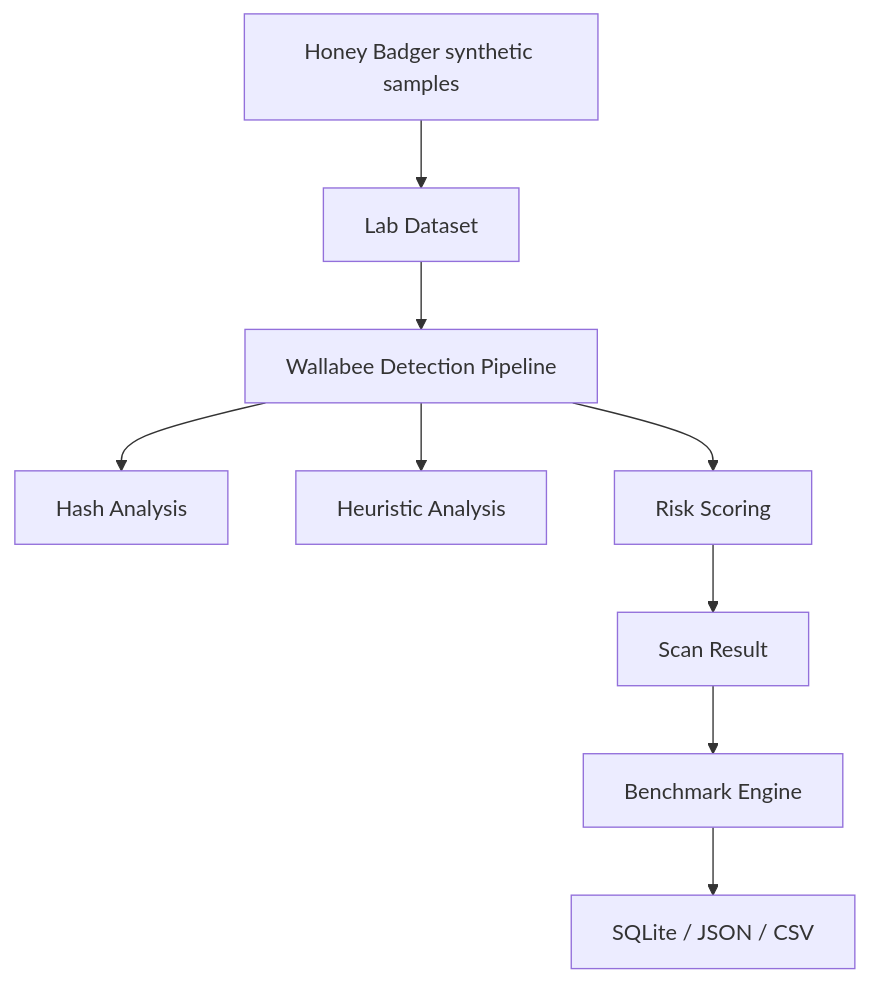
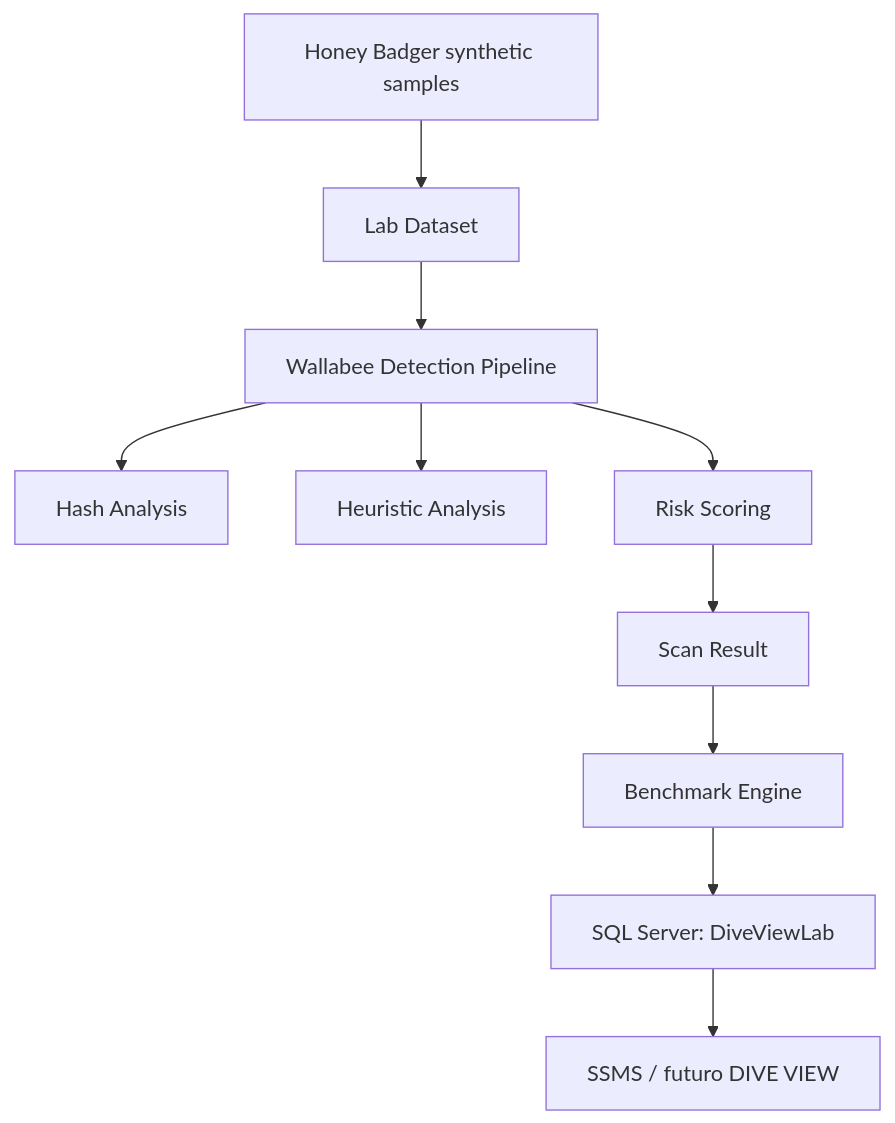
One commit to ALVAROARUIZ/Cyber-Secury-Tests changed the diagram in Wallabee/Wallabee/README.md. Above: the diagram before and after it, drawn with Mermaid. The commit also changed other lines of this file and 227 other files, not shown here.

Commit message:
Add Dive View telemetry, SQL persistence, and dashboard

````diff
--- a/Wallabee/Wallabee/README.md
+++ b/Wallabee/Wallabee/README.md
@@ -13,11 +15,12 @@
 ```mermaid
 flowchart TD
     HB[Honey Badger synthetic samples] --> LAB[Lab Dataset]
     LAB --> PIPE[Wallabee Detection Pipeline]
     PIPE --> HASH[Hash Analysis]
     PIPE --> HEUR[Heuristic Analysis]
     PIPE --> RISK[Risk Scoring]
     RISK --> RESULT[Scan Result]
     RESULT --> BENCH[Benchmark Engine]
-    BENCH --> STORE[SQLite / JSON / CSV]
+    BENCH --> STORE[SQL Server: DiveViewLab]
+    STORE --> VIEW[SSMS / futuro DIVE VIEW]
 ```
````
